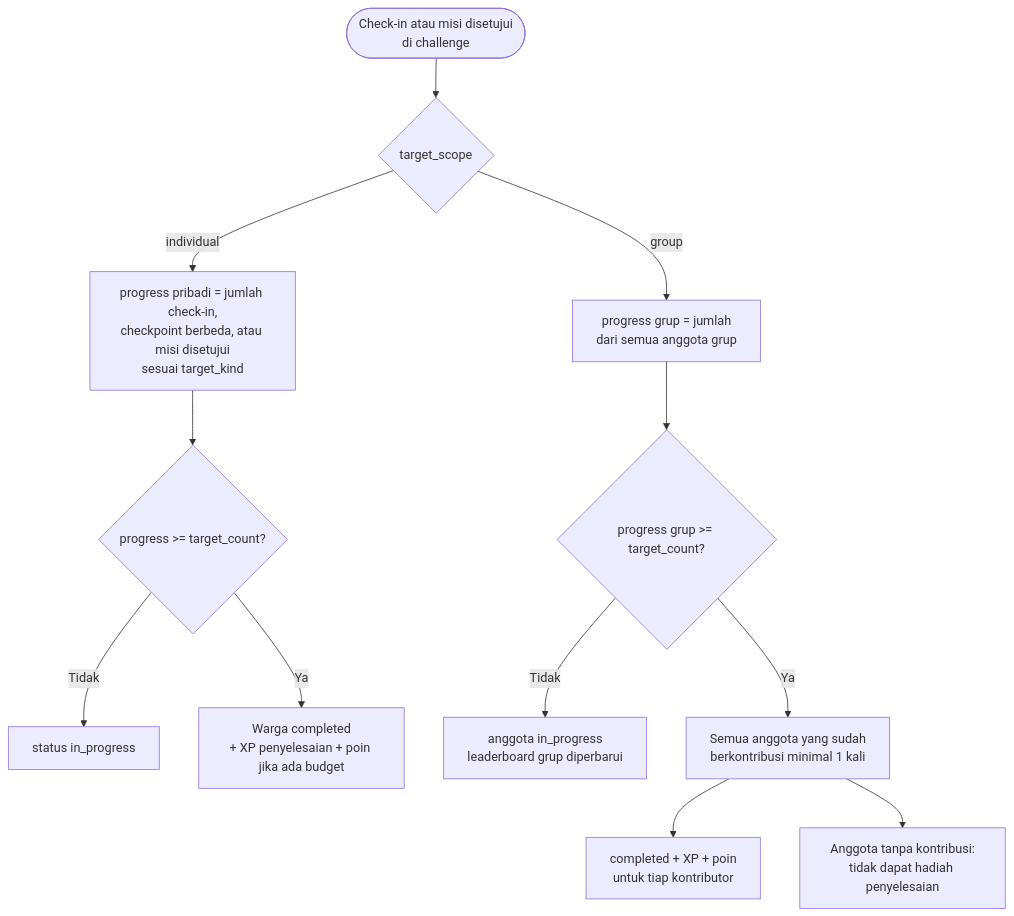
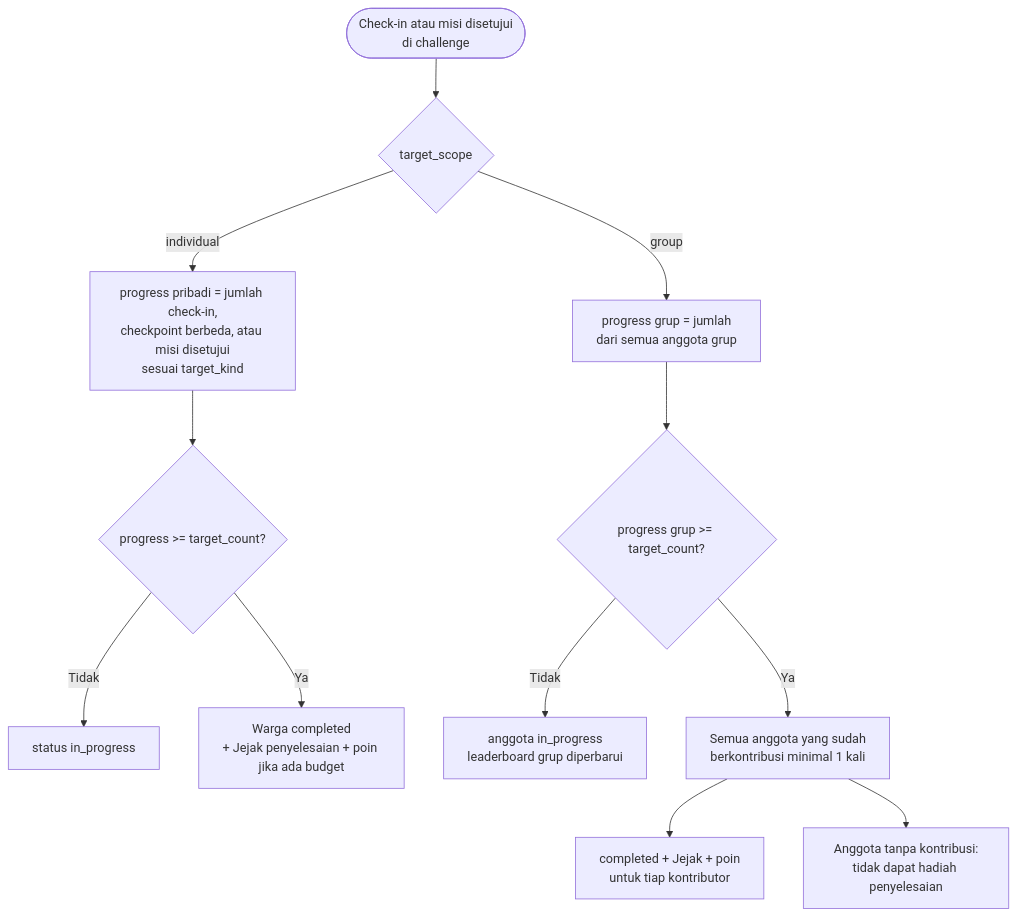
Diagram 22 of 30 in docs/ALUR-SISTEM.md (mirwanma/gasyu), drawn with Mermaid before and after one commit. The commit also changed other lines of this file and 42 other files, not shown here.

````diff
--- a/docs/ALUR-SISTEM.md
+++ b/docs/ALUR-SISTEM.md
@@ -975,14 +976,14 @@
 ```mermaid
 flowchart TD
     C([Check-in atau misi disetujui<br/>di challenge]) --> SC{target_scope}
     SC -->|individual| I1[progress pribadi = jumlah check-in,<br/>checkpoint berbeda, atau misi disetujui<br/>sesuai target_kind]
     I1 --> I2{progress >= target_count?}
     I2 -- Tidak --> I3[status in_progress]
-    I2 -- Ya --> DONE[Warga completed<br/>+ XP penyelesaian + poin jika ada budget]
+    I2 -- Ya --> DONE[Warga completed<br/>+ Jejak penyelesaian + poin jika ada budget]
     SC -->|group| G1[progress grup = jumlah<br/>dari semua anggota grup]
     G1 --> G2{progress grup >= target_count?}
     G2 -- Tidak --> G3[anggota in_progress<br/>leaderboard grup diperbarui]
     G2 -- Ya --> G4[Semua anggota yang sudah<br/>berkontribusi minimal 1 kali]
-    G4 --> DONE2[completed + XP + poin<br/>untuk tiap kontributor]
+    G4 --> DONE2[completed + Jejak + poin<br/>untuk tiap kontributor]
     G4 --> NC[Anggota tanpa kontribusi:<br/>tidak dapat hadiah penyelesaian]
 ```
````
